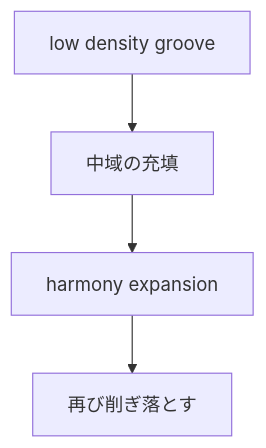
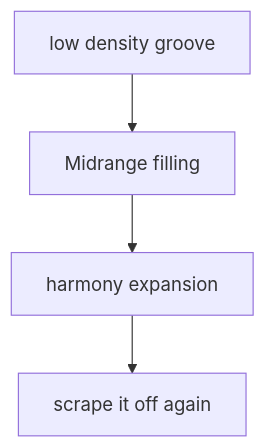
The second of 4 diagrams in en/_posts/2026-02-27-column-Nick Hoppner.md (monumental-movement/monumental-movement.github.io), drawn with Mermaid before and after one commit. The commit also changed other lines of this file and 851 other files, not shown here.

```diff
--- a/en/_posts/2026-02-27-column-Nick Hoppner.md
+++ b/en/_posts/2026-02-27-column-Nick Hoppner.md
@@ -97,6 +97,6 @@
 <div class="mermaid">
 graph TD
-A[low density groove] --> B[中域の充填]
+A[low density groove] --> B[Midrange filling]
 B --> C[harmony expansion]
-C --> D[再び削ぎ落とす]
+C --> D[scrape it off again]
 </div>
```
